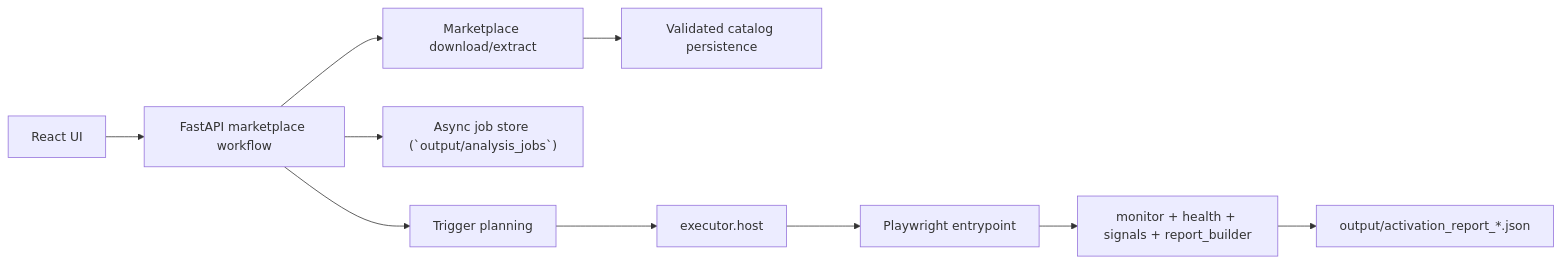
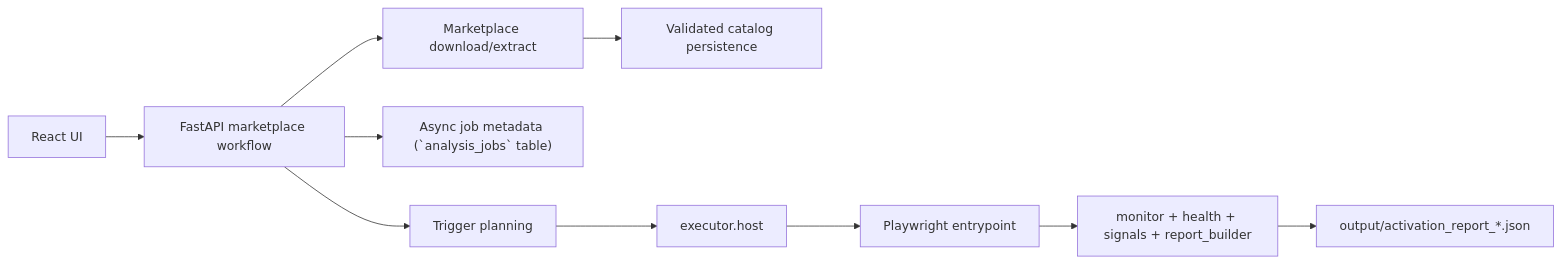
One commit to Ekremunalytu/automation_enviroment changed the diagram in documents/PIPELINE_ROADMAP.md. Above: the diagram before and after it, drawn with Mermaid. The commit also changed 29 other files, not shown here.

````diff
--- a/documents/PIPELINE_ROADMAP.md
+++ b/documents/PIPELINE_ROADMAP.md
@@ -11,12 +11,12 @@
 ```mermaid
 flowchart LR
     UI["React UI"] --> API["FastAPI marketplace workflow"]
     API --> DL["Marketplace download/extract"]
     DL --> DB["Validated catalog persistence"]
-    API --> JOB["Async job store (`output/analysis_jobs`)"]
+    API --> JOB["Async job metadata (`analysis_jobs` table)"]
     API --> PLAN["Trigger planning"]
     PLAN --> HOST["`executor.host`"]
     HOST --> EXEC["Playwright entrypoint"]
     EXEC --> MON["monitor + health + signals + report_builder"]
     MON --> REPORT["`output/activation_report_*.json`"]
 ```
````
